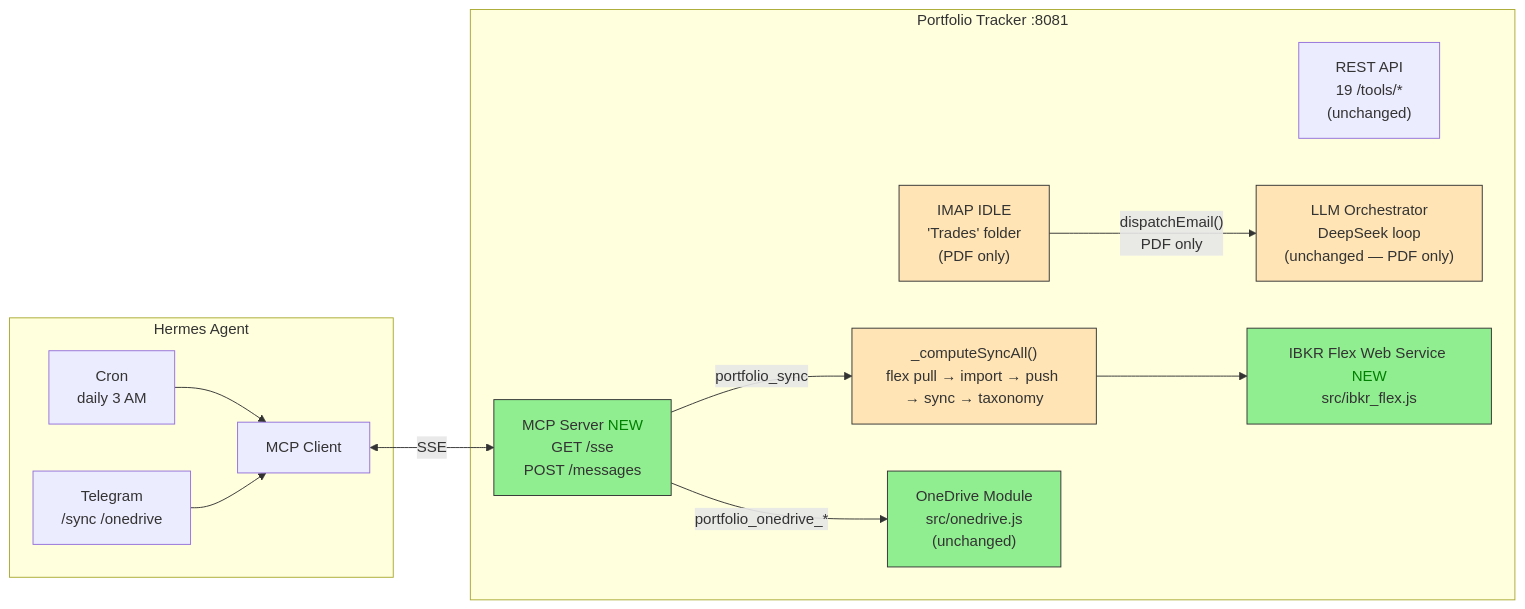
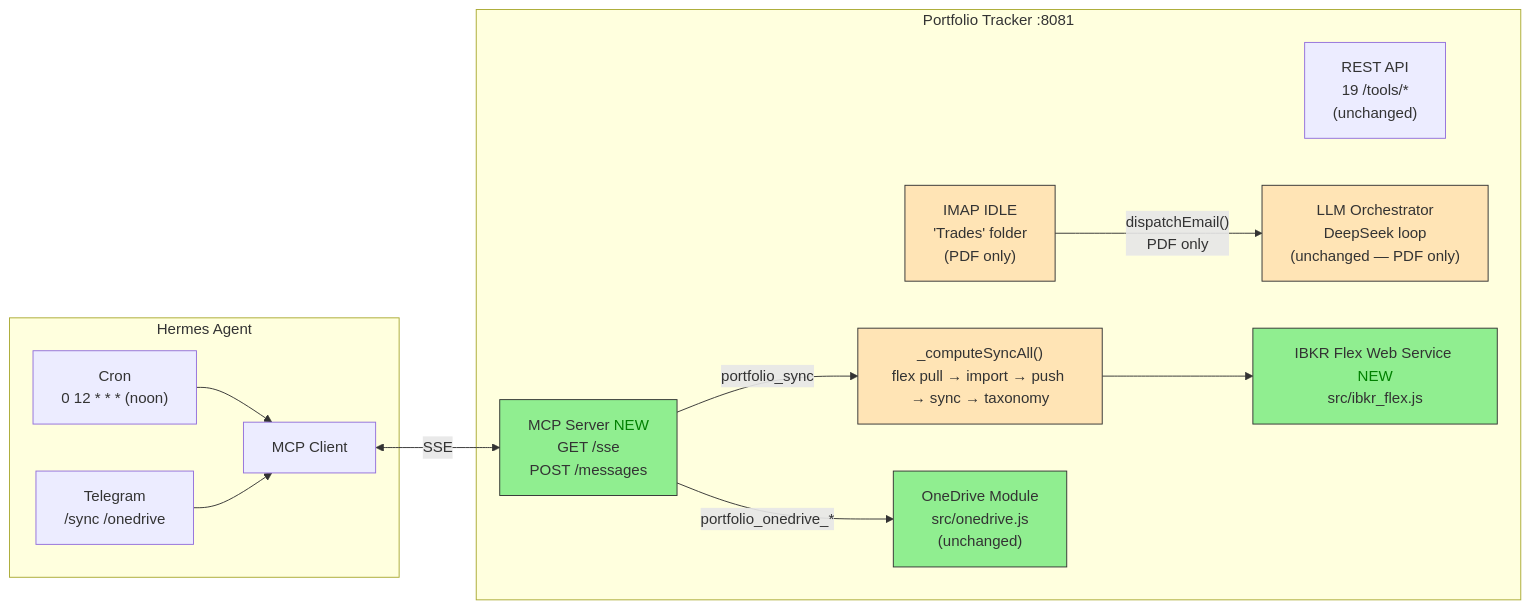
Before and after one commit to darrencjh8/darren-openclaw: the diagram in specs/003-portfolio-tracker/plan.md, drawn with Mermaid. The commit also changed other lines of this file and 36 other files, not shown here.

````diff
--- a/specs/003-portfolio-tracker/plan.md
+++ b/specs/003-portfolio-tracker/plan.md
@@ -15,33 +15,33 @@
 ```mermaid
 flowchart LR
     subgraph Hermes["Hermes Agent"]
         MCP_C["MCP Client"]
-        CRON["Cron<br/>daily 3 AM"]
+        CRON["Cron<br/>0 12 * * * (noon)"]
         TG["Telegram<br/>/sync /onedrive"]
     end
 
     subgraph PT["Portfolio Tracker :8081"]
         MCP_S["MCP Server<span style='color:green'> NEW</span><br/>GET /sse<br/>POST /messages"]
         REST["REST API<br/>19 /tools/*<br/>(unchanged)"]
         ORCH["LLM Orchestrator<br/>DeepSeek loop<br/>(unchanged — PDF only)"]
         SYNC["_computeSyncAll()<br/>flex pull → import → push → sync → taxonomy"]
         FLEX["IBKR Flex Web Service<span style='color:green'> NEW</span><br/>src/ibkr_flex.js"]
         IMAP["IMAP IDLE<br/>'Trades' folder<br/>(PDF only)"]
         OD["OneDrive Module<br/>src/onedrive.js<br/>(unchanged)"]
     end
 
     CRON --> MCP_C
     TG --> MCP_C
     MCP_C <-->|"SSE"| MCP_S
     MCP_S -->|"portfolio_sync"| SYNC
     MCP_S -->|"portfolio_onedrive_*"| OD
     IMAP -->|"dispatchEmail()<br/>PDF only"| ORCH
     SYNC --> FLEX
 
     style MCP_S fill:#90EE90,stroke:#333
     style FLEX fill:#90EE90,stroke:#333
     style OD fill:#90EE90,stroke:#333
     style ORCH fill:#FFE4B5,stroke:#333
     style IMAP fill:#FFE4B5,stroke:#333
     style SYNC fill:#FFE4B5,stroke:#333
 ```
````
